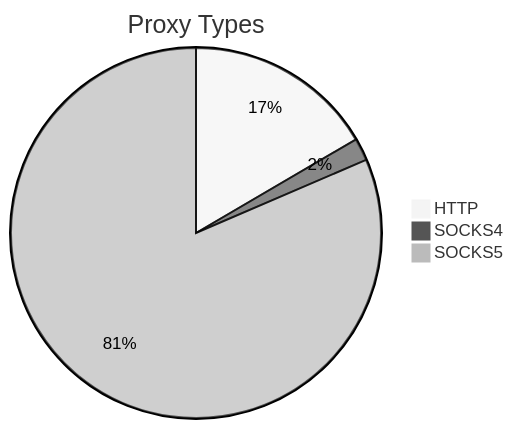
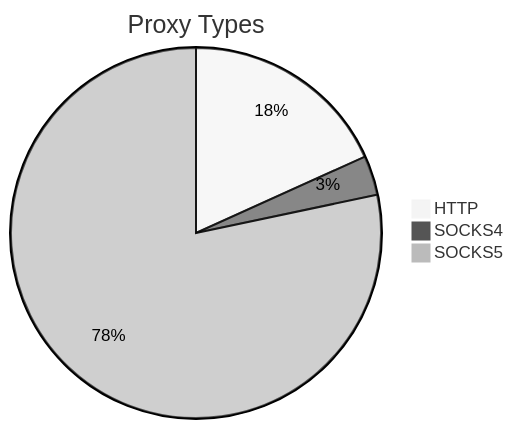
Before and after one commit to stormsia/proxy-list: the first of 2 diagrams in README.md, drawn with Mermaid (neutral theme). The commit also changed other lines of this file, not shown here.

````diff
--- a/README.md
+++ b/README.md
@@ -21,6 +21,6 @@
 ```mermaid
 pie title Proxy Types
-    "HTTP" : 118
-    "SOCKS4" : 14
-    "SOCKS5" : 580
+    "HTTP" : 106
+    "SOCKS4" : 20
+    "SOCKS5" : 455
 ```
````
